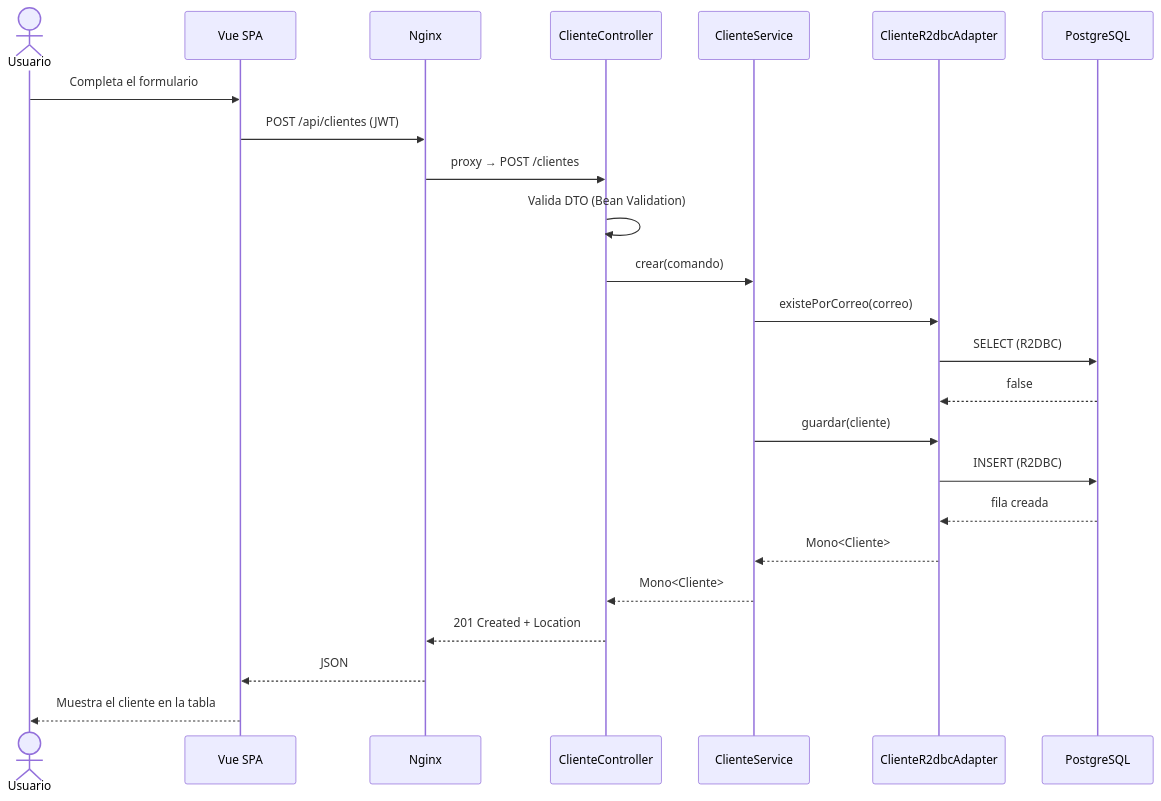
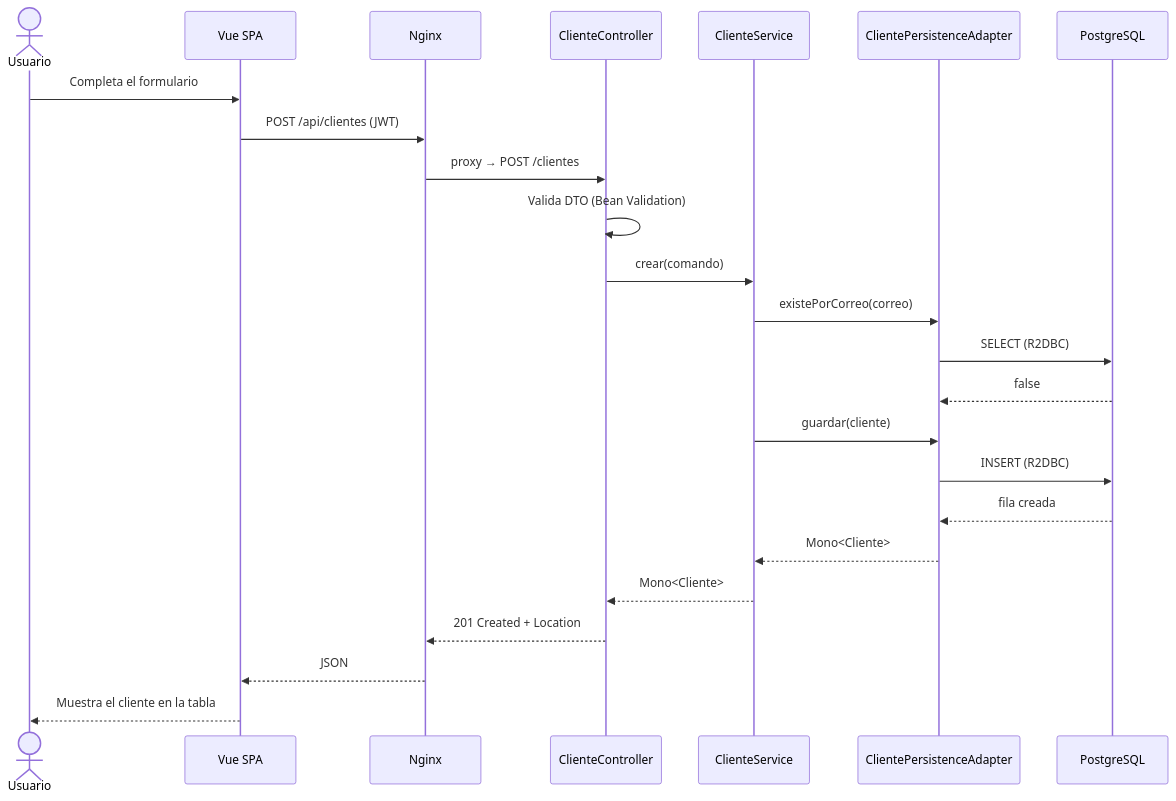
Before and after one commit to edzamo/ec-eykcorp: the second of 13 diagrams in README.md, drawn with Mermaid. The commit also changed other lines of this file and 25 other files, not shown here.

````diff
--- a/README.md
+++ b/README.md
@@ -148,27 +148,27 @@
 ```mermaid
 sequenceDiagram
     actor U as Usuario
     participant V as Vue SPA
     participant N as Nginx
     participant C as ClienteController
     participant S as ClienteService
-    participant R as ClienteR2dbcAdapter
+    participant R as ClientePersistenceAdapter
     participant DB as PostgreSQL
 
     U->>V: Completa el formulario
     V->>N: POST /api/clientes (JWT)
     N->>C: proxy → POST /clientes
     C->>C: Valida DTO (Bean Validation)
     C->>S: crear(comando)
     S->>R: existePorCorreo(correo)
     R->>DB: SELECT (R2DBC)
     DB-->>R: false
     S->>R: guardar(cliente)
     R->>DB: INSERT (R2DBC)
     DB-->>R: fila creada
     R-->>S: Mono<Cliente>
     S-->>C: Mono<Cliente>
     C-->>N: 201 Created + Location
     N-->>V: JSON
     V-->>U: Muestra el cliente en la tabla
 ```
````
